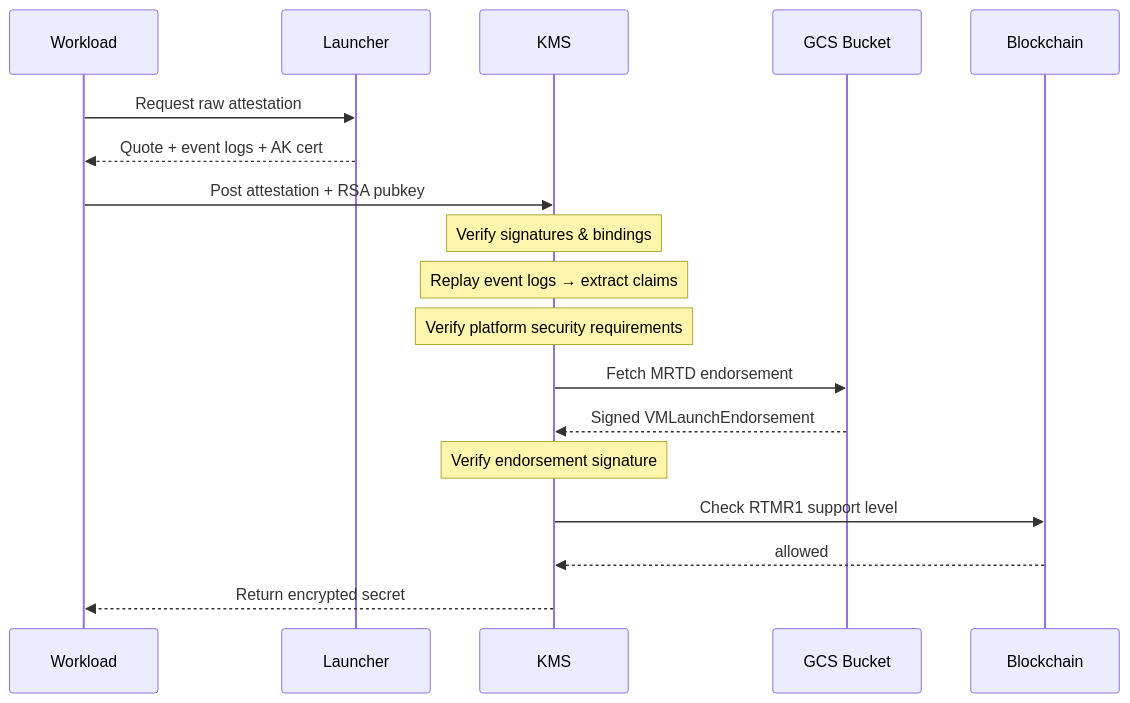
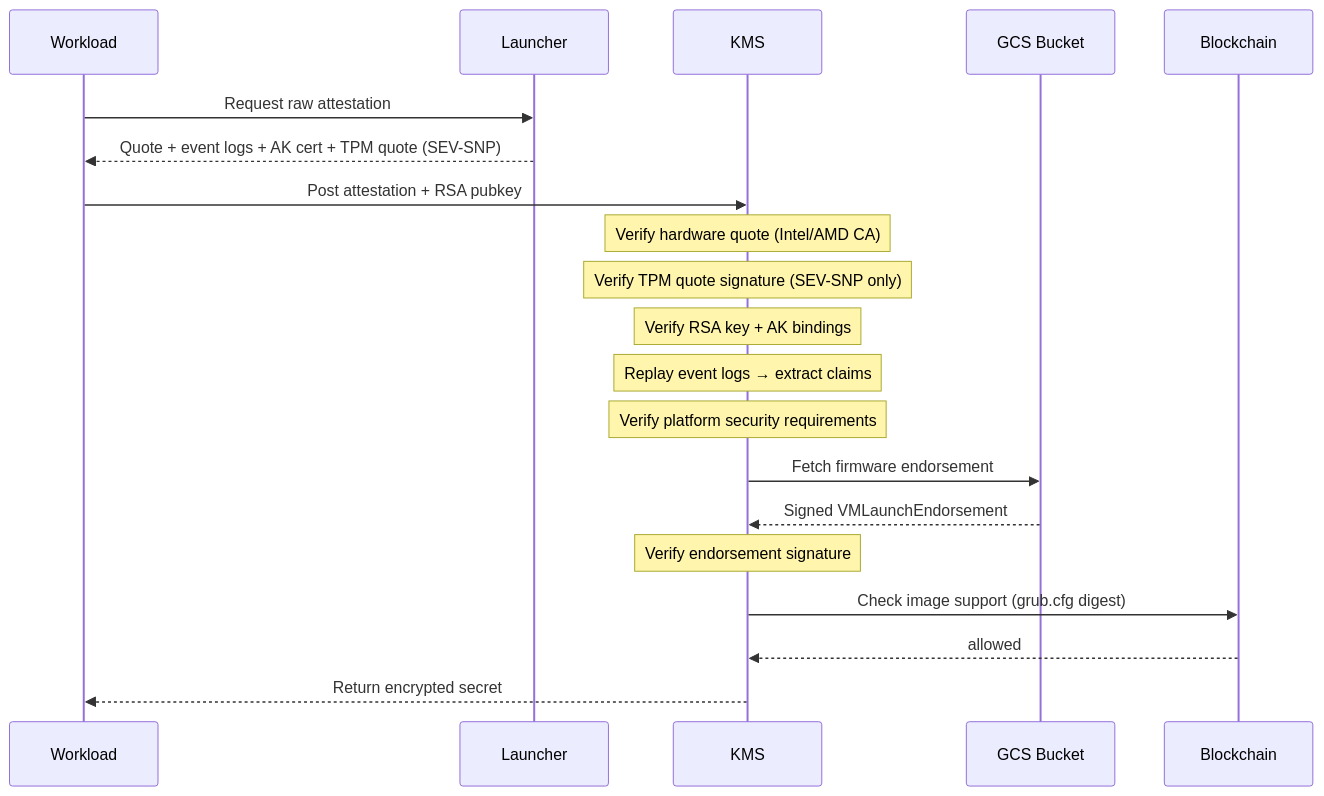
The diagram in research/README.md (Layr-Labs/go-tpm-tools), drawn with Mermaid before and after one commit. The commit also changed other lines of this file and 15 other files, not shown here.

````diff
--- a/research/README.md
+++ b/research/README.md
@@ -120,25 +139,27 @@
 ```mermaid
 sequenceDiagram
     participant W as Workload
     participant L as Launcher
     participant K as KMS
     participant G as GCS Bucket
     participant B as Blockchain
 
     W->>L: Request raw attestation
-    L-->>W: Quote + event logs + AK cert
+    L-->>W: Quote + event logs + AK cert + TPM quote (SEV-SNP)
     W->>K: Post attestation + RSA pubkey
 
-    Note over K: Verify signatures & bindings
+    Note over K: Verify hardware quote (Intel/AMD CA)
+    Note over K: Verify TPM quote signature (SEV-SNP only)
+    Note over K: Verify RSA key + AK bindings
     Note over K: Replay event logs → extract claims
     Note over K: Verify platform security requirements
 
-    K->>G: Fetch MRTD endorsement
+    K->>G: Fetch firmware endorsement
     G-->>K: Signed VMLaunchEndorsement
     Note over K: Verify endorsement signature
 
-    K->>B: Check RTMR1 support level
+    K->>B: Check image support (grub.cfg digest)
     B-->>K: allowed
 
     K-->>W: Return encrypted secret
 ```
````
